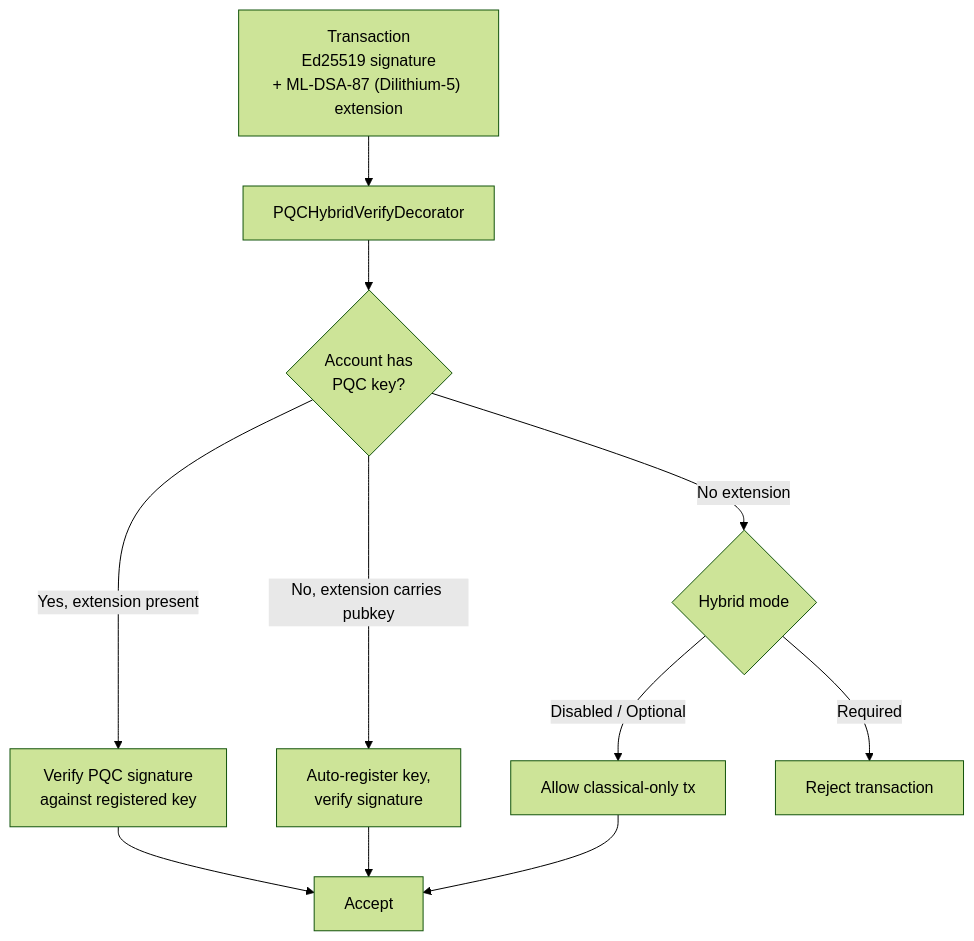
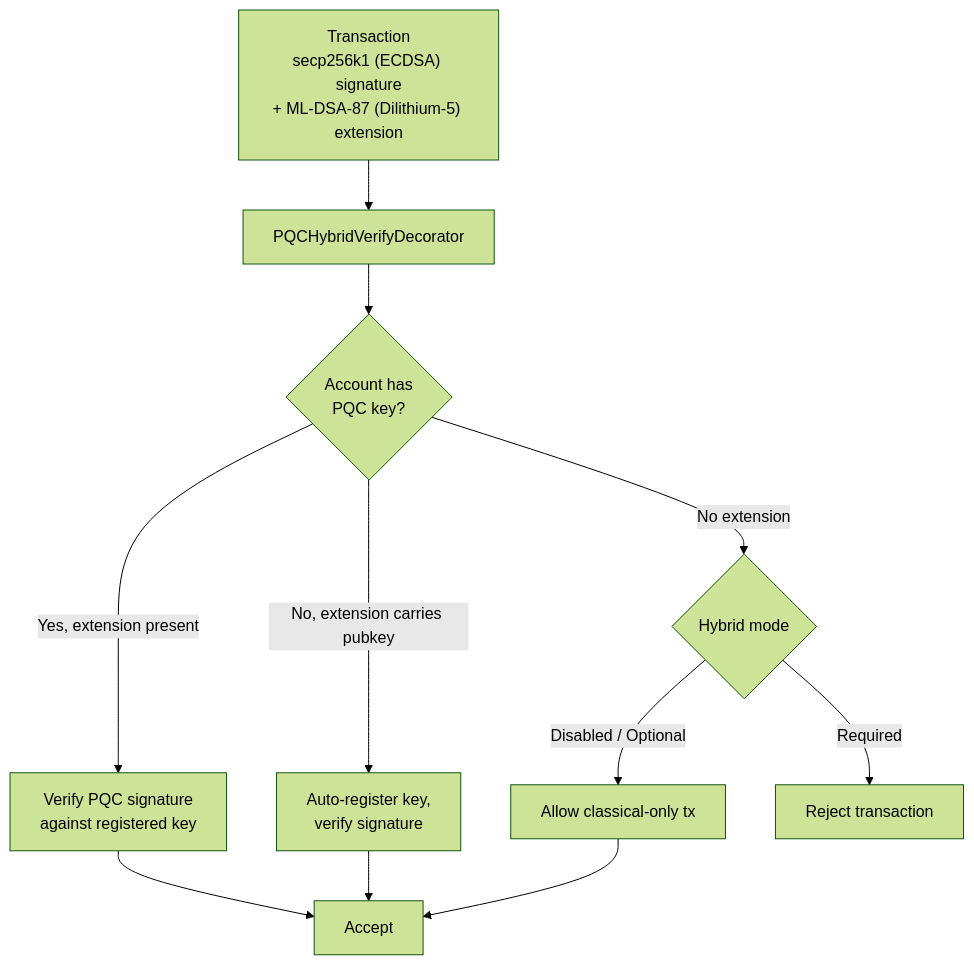
Before and after one commit to qorechain/qorechain-docs: the diagram in versioned_docs/version-3.1.70/architecture/post-quantum-security.md, drawn with Mermaid (forest theme). The commit also changed other lines of this file and 13 other files, not shown here.

Commit message:
docs: correct hybrid classical signature to secp256k1 (ECDSA), not Ed25519

````diff
--- a/versioned_docs/version-3.1.70/architecture/post-quantum-security.md
+++ b/versioned_docs/version-3.1.70/architecture/post-quantum-security.md
@@ -69,13 +69,13 @@
 ```mermaid
 flowchart TD
-    A["Transaction<br/>Ed25519 signature<br/>+ ML-DSA-87 (Dilithium-5) extension"] --> B["PQCHybridVerifyDecorator"]
+    A["Transaction<br/>secp256k1 (ECDSA) signature<br/>+ ML-DSA-87 (Dilithium-5) extension"] --> B["PQCHybridVerifyDecorator"]
     B --> C{"Account has<br/>PQC key?"}
     C -- "Yes, extension present" --> D["Verify PQC signature<br/>against registered key"]
     C -- "No, extension carries pubkey" --> E["Auto-register key,<br/>verify signature"]
     C -- "No extension" --> F{"Hybrid mode"}
     F -- "Disabled / Optional" --> G["Allow classical-only tx"]
     F -- "Required" --> H["Reject transaction"]
     D --> I["Accept"]
     E --> I
     G --> I
 ```
````
